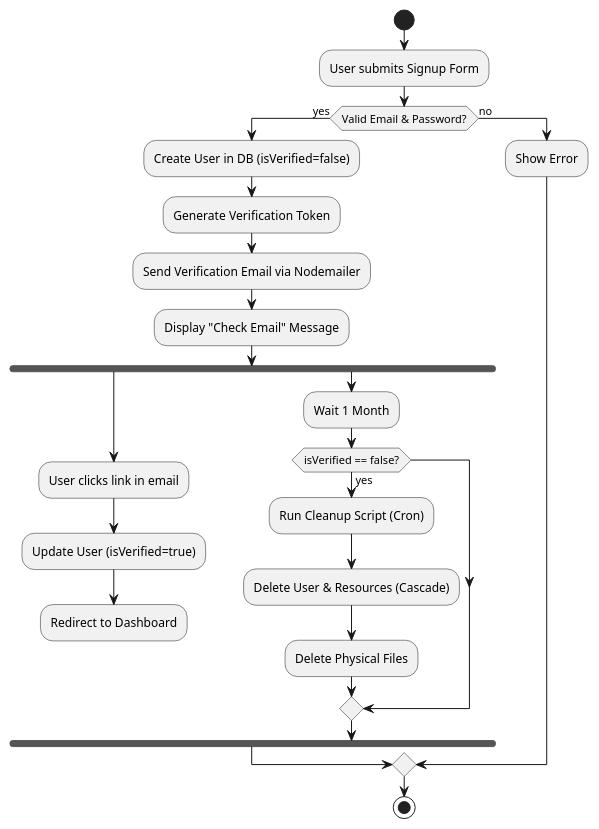
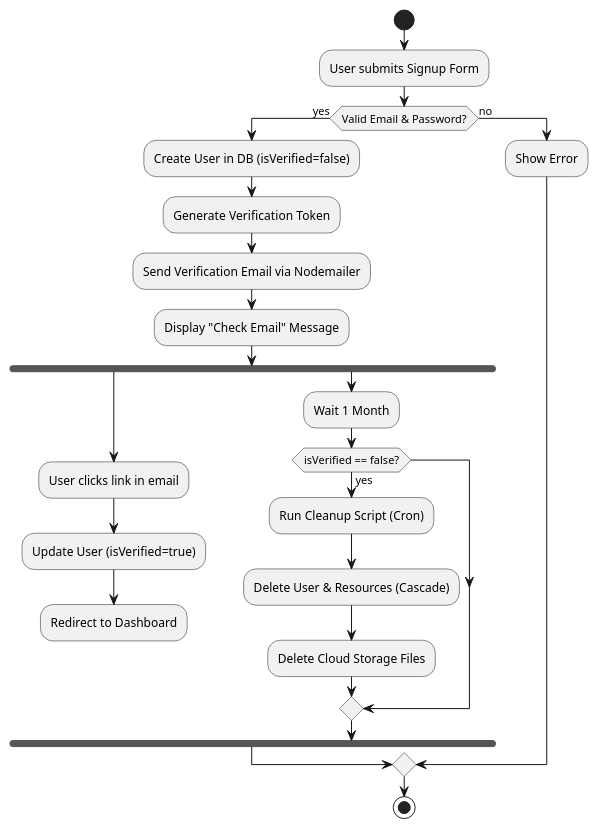
The fourth of 8 diagrams in Document.md (BleakRed/notion-clone-project), drawn with PlantUML before and after one commit. The commit also changed other lines of this file and 3 other files, not shown here.

````diff
--- a/Document.md
+++ b/Document.md
@@ -125,28 +125,28 @@
 ```plantuml
 @startuml
 start
 :User submits Signup Form;
 if (Valid Email & Password?) then (yes)
   :Create User in DB (isVerified=false);
   :Generate Verification Token;
   :Send Verification Email via Nodemailer;
   :Display "Check Email" Message;
   fork
     :User clicks link in email;
     :Update User (isVerified=true);
     :Redirect to Dashboard;
   detach
   fork again
     :Wait 1 Month;
     if (isVerified == false?) then (yes)
       :Run Cleanup Script (Cron);
       :Delete User & Resources (Cascade);
-      :Delete Physical Files;
+      :Delete Cloud Storage Files;
     endif
   end fork
 else (no)
   :Show Error;
 endif
 stop
 @enduml
 ```
````
